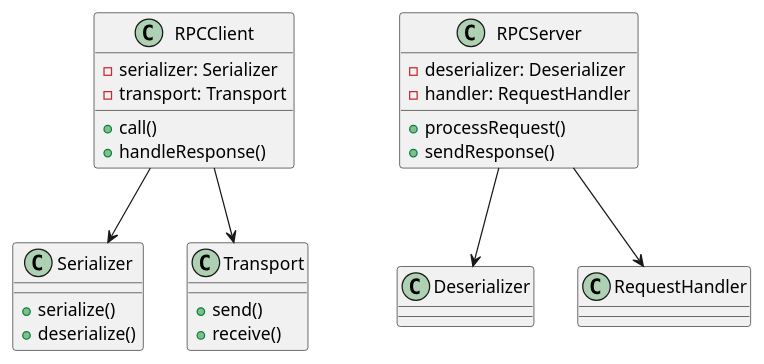
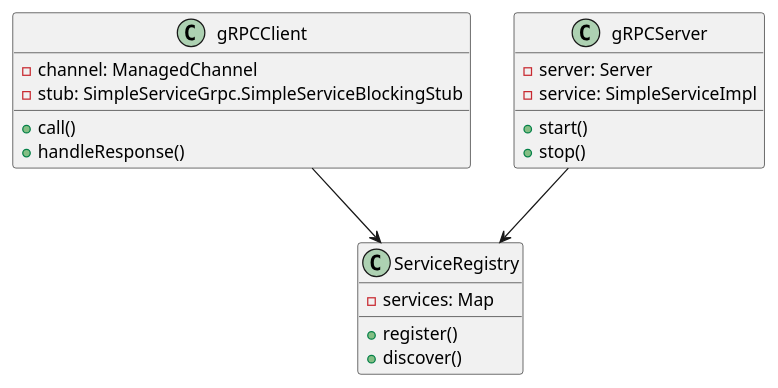
Before and after one commit to fine5351/info-sync: the second of 3 diagrams in doc/learning/architecture/rpc_tutorial.md, drawn with PlantUML. The commit also changed other lines of this file and 9 other files, not shown here.

````diff
--- a/doc/learning/architecture/rpc_tutorial.md
+++ b/doc/learning/architecture/rpc_tutorial.md
@@ -96,32 +183,26 @@
 ```plantuml
 @startuml
-class RPCClient {
-    - serializer: Serializer
-    - transport: Transport
+class gRPCClient {
+    - channel: ManagedChannel
+    - stub: SimpleServiceGrpc.SimpleServiceBlockingStub
     + call()
     + handleResponse()
 }
 
-class RPCServer {
-    - deserializer: Deserializer
-    - handler: RequestHandler
-    + processRequest()
-    + sendResponse()
+class gRPCServer {
+    - server: Server
+    - service: SimpleServiceImpl
+    + start()
+    + stop()
 }
 
-class Serializer {
-    + serialize()
-    + deserialize()
+class ServiceRegistry {
+    - services: Map
+    + register()
+    + discover()
 }
 
-class Transport {
-    + send()
-    + receive()
-}
-
-RPCClient --> Serializer
-RPCClient --> Transport
-RPCServer --> Deserializer
-RPCServer --> RequestHandler
+gRPCClient --> ServiceRegistry
+gRPCServer --> ServiceRegistry
 @enduml
 ```
````
